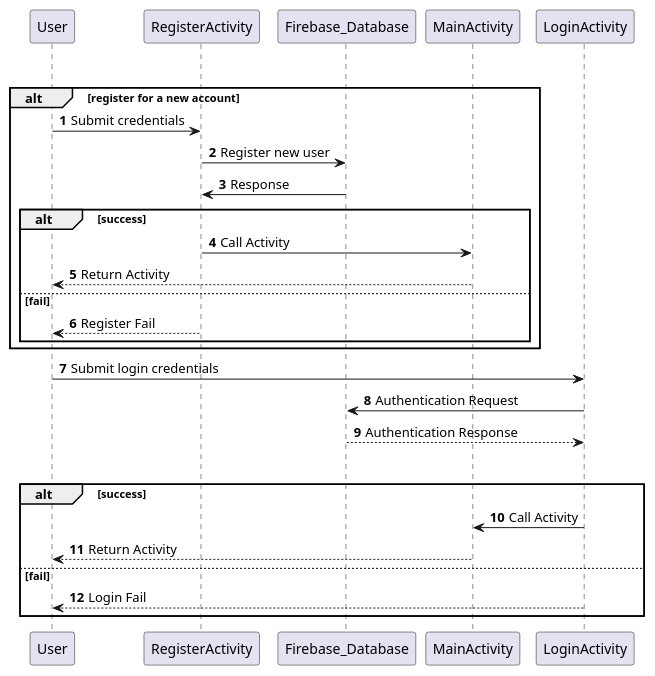
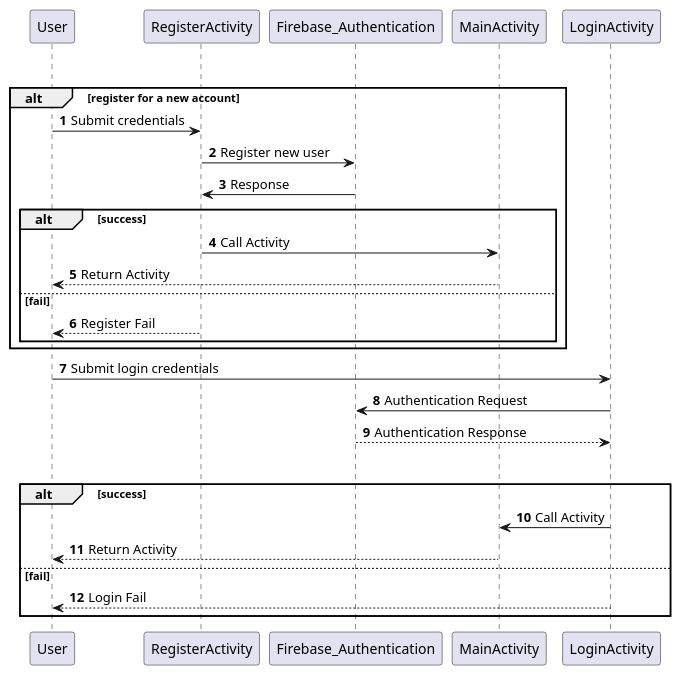
One commit to nisathnasar/Spending-Tracker changed the diagram in app/sequence_diagram_authentication.puml. Above: the diagram before and after it, drawn with PlantUML. The commit also changed 9 other files, not shown here.

Commit message:
class diagram update

```diff
--- a/app/sequence_diagram_authentication.puml
+++ b/app/sequence_diagram_authentication.puml
@@ -1,55 +1,55 @@
 @startuml
 'https://plantuml.com/sequence-diagram
 
 autonumber
 
 group
 
 alt register for a new account
 User -> RegisterActivity: Submit credentials
 
-RegisterActivity -> Firebase_Database : Register new user
+RegisterActivity -> Firebase_Authentication : Register new user
 
-Firebase_Database -> RegisterActivity : Response
+Firebase_Authentication -> RegisterActivity : Response
 
 alt success
 
 RegisterActivity -> MainActivity: Call Activity
 
 MainActivity --> User : Return Activity
 
 else fail
 
 RegisterActivity --> User : Register Fail
 
 end
 
 
 end
 
 User -> LoginActivity: Submit login credentials
 
-LoginActivity -> Firebase_Database: Authentication Request
+LoginActivity -> Firebase_Authentication: Authentication Request
 
-Firebase_Database --> LoginActivity: Authentication Response
+Firebase_Authentication --> LoginActivity: Authentication Response
 
 group authentication response
 
 alt success
 
 LoginActivity -> MainActivity: Call Activity
 
 MainActivity --> User : Return Activity
 
 else fail
 
 LoginActivity --> User : Login Fail
 
 end
 
 
 
 
 
 
 @enduml
```
